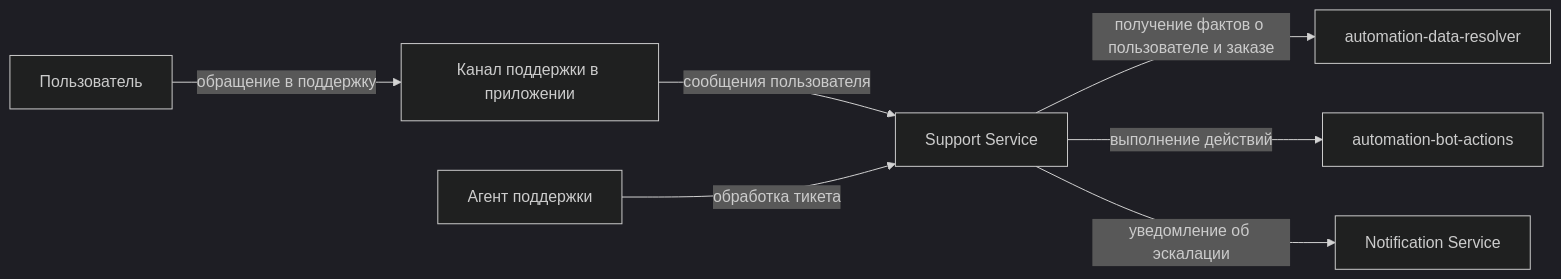
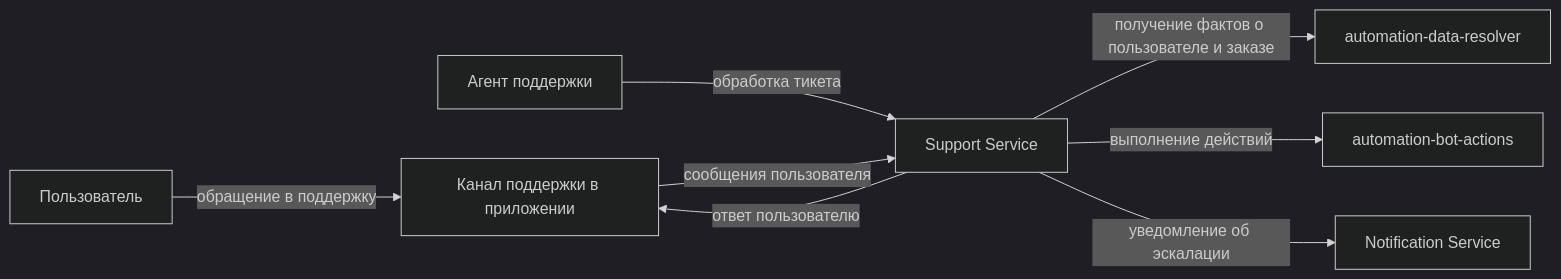
The first of 3 diagrams in lab-1.md (Desnn1ch/OOPlabs), drawn with Mermaid (dark theme) before and after one commit. The commit also changed other lines of this file, not shown here.

````diff
--- a/lab-1.md
+++ b/lab-1.md
@@ -113,17 +112,18 @@
 ```mermaid
 flowchart LR
     User[Пользователь]
     Agent[Агент поддержки]
     appclient[Канал поддержки в приложении]
     data[automation-data-resolver]
     actions[automation-bot-actions]
     notification[Notification Service]
     suport[Support Service]
 
     User -->|обращение в поддержку| appclient
     appclient -->|сообщения пользователя| suport
+    suport -->|ответ пользователю| appclient
     Agent -->|обработка тикета| suport
     suport -->|получение фактов о пользователе и заказе| data
     suport -->|выполнение действий| actions
     suport -->|уведомление об эскалации| notification
 ```
````
